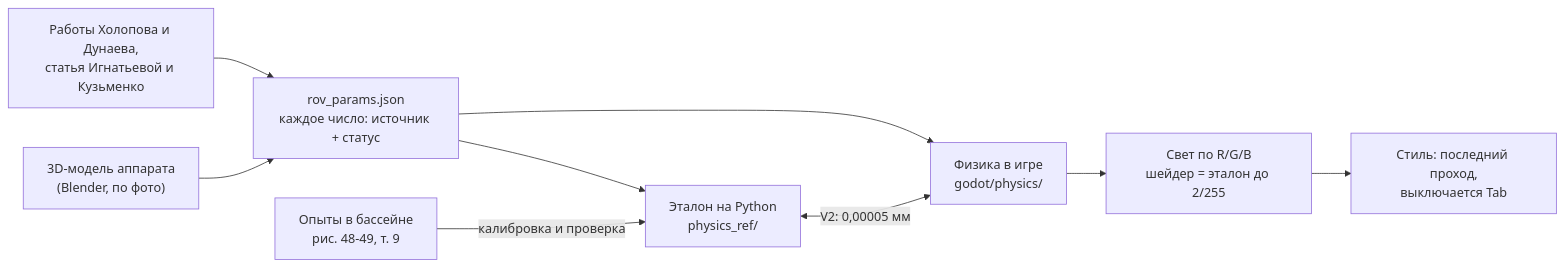
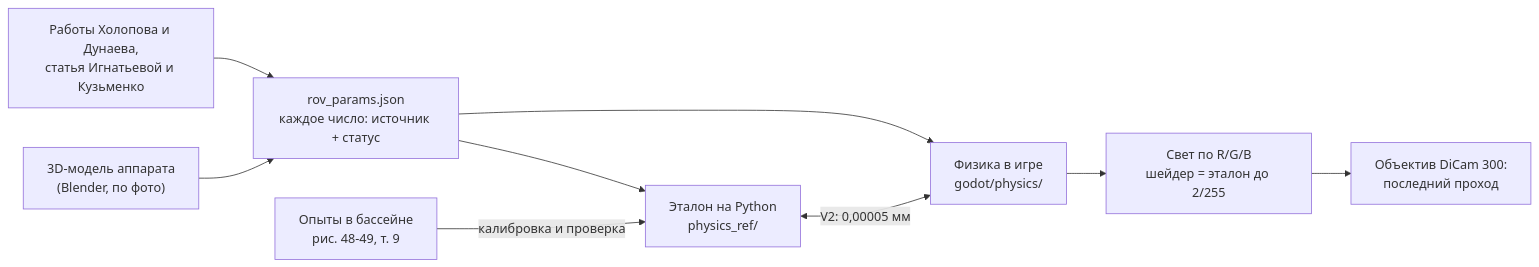
Before and after one commit to kholye/ROV-Sim: the diagram in README.md, drawn with Mermaid. The commit also changed other lines of this file and 54 other files, not shown here.

````diff
--- a/README.md
+++ b/README.md
@@ -36,11 +38,11 @@
 ```mermaid
 flowchart LR
     W["Работы Холопова и Дунаева,<br/>статья Игнатьевой и Кузьменко"] --> P["rov_params.json<br/>каждое число: источник + статус"]
     M["3D-модель аппарата<br/>(Blender, по фото)"] --> P
     P --> R["Эталон на Python<br/>physics_ref/"]
     P --> G["Физика в игре<br/>godot/physics/"]
     R <-->|"V2: 0,00005 мм"| G
     D["Опыты в бассейне<br/>рис. 48-49, т. 9"] -->|"калибровка и проверка"| R
     G --> L["Свет по R/G/B<br/>шейдер = эталон до 2/255"]
-    L --> S["Стиль: последний проход,<br/>выключается Tab"]
+    L --> S["Объектив DiCam 300:<br/>последний проход"]
 ```
````
